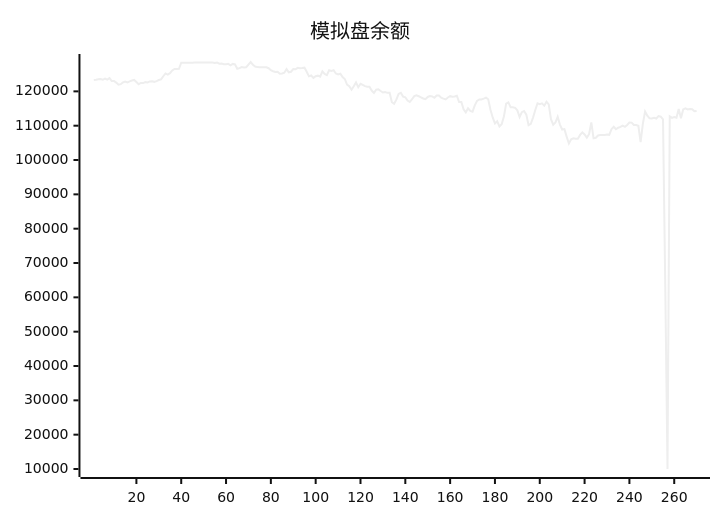
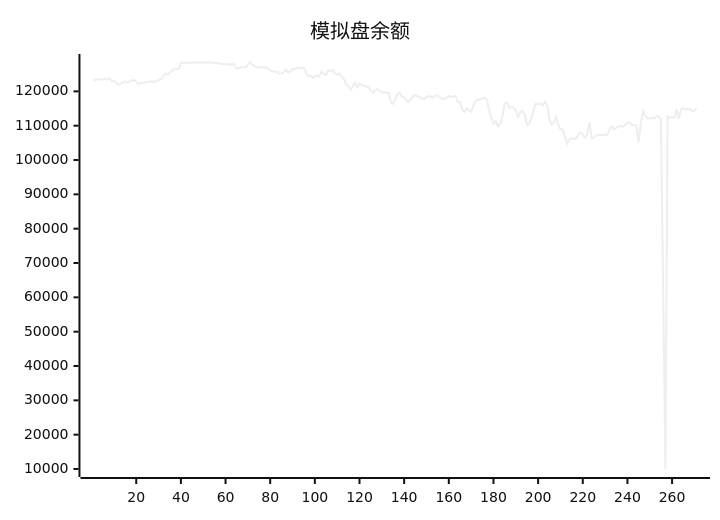
Before and after one commit to aahl/ai-trading: the diagram in README.md, drawn with Mermaid (neutral theme). The commit also changed other lines of this file and 1 other file, not shown here.

````diff
--- a/README.md
+++ b/README.md
@@ -5,5 +5,5 @@
 ```mermaid
 xychart
     title "模拟盘余额"
-    line [123338,123402,123530,123592,123378,123745,123413,123853,123009,123040,122557,121938,122095,122599,122856,122597,122898,123160,123319,122719,122087,122454,122416,122685,122592,122907,122961,122776,122981,123295,123507,124403,125224,124894,125303,126088,126544,126534,126549,128335,128318,128318,128318,128318,128318,128424,128424,128424,128424,128424,128424,128424,128424,128424,128247,128412,128062,128087,127917,127901,128026,127611,128000,127850,126572,126770,127100,126971,127029,127783,128554,127765,127224,127064,127044,127009,127025,127004,126738,126152,125871,125635,125707,125117,125217,125420,126480,125545,125715,126511,126424,126856,126764,126788,126890,125710,124381,124632,123936,124402,124574,124256,125833,125070,124739,126154,125966,126145,125213,124943,125143,124157,123604,121959,121476,120476,121470,122610,121201,122221,121889,121522,121332,121344,120232,119559,120513,120577,120108,119680,119777,119572,119568,116839,116392,117573,119250,119585,118469,118277,117338,116897,117706,118628,118849,118579,118280,117926,117735,118373,118639,118544,118136,118798,118819,118162,117874,117649,118215,118601,118463,118517,118713,116911,116899,114798,113887,115084,114313,114091,115934,117221,117658,117658,117883,118164,117693,114632,112403,110644,111313,109777,110444,112673,116419,116772,115355,115355,115198,114476,112510,113954,114276,113223,110151,110561,112361,114562,116522,116265,116500,115845,117000,116199,111887,110306,110942,112588,110318,108891,109011,106814,104811,106038,106327,106201,106180,107315,108068,107463,106528,107530,110941,106346,106482,107161,107268,107270,107302,107426,107340,108985,109681,108962,109404,109645,110030,109680,110214,110918,110897,110215,110212,109962,105235,110525,114151,112895,112137,112083,112329,112094,112784,112613,111829,63445,10000,112734,112268,112496,112313,114832,112156,114730,115058,114728,114866,114804,114208,114302]
+    line [123338,123402,123530,123592,123378,123745,123413,123853,123009,123040,122557,121938,122095,122599,122856,122597,122898,123160,123319,122719,122087,122454,122416,122685,122592,122907,122961,122776,122981,123295,123507,124403,125224,124894,125303,126088,126544,126534,126549,128335,128318,128318,128318,128318,128318,128424,128424,128424,128424,128424,128424,128424,128424,128424,128247,128412,128062,128087,127917,127901,128026,127611,128000,127850,126572,126770,127100,126971,127029,127783,128554,127765,127224,127064,127044,127009,127025,127004,126738,126152,125871,125635,125707,125117,125217,125420,126480,125545,125715,126511,126424,126856,126764,126788,126890,125710,124381,124632,123936,124402,124574,124256,125833,125070,124739,126154,125966,126145,125213,124943,125143,124157,123604,121959,121476,120476,121470,122610,121201,122221,121889,121522,121332,121344,120232,119559,120513,120577,120108,119680,119777,119572,119568,116839,116392,117573,119250,119585,118469,118277,117338,116897,117706,118628,118849,118579,118280,117926,117735,118373,118639,118544,118136,118798,118819,118162,117874,117649,118215,118601,118463,118517,118713,116911,116899,114798,113887,115084,114313,114091,115934,117221,117658,117658,117883,118164,117693,114632,112403,110644,111313,109777,110444,112673,116419,116772,115355,115355,115198,114476,112510,113954,114276,113223,110151,110561,112361,114562,116522,116265,116500,115845,117000,116199,111887,110306,110942,112588,110318,108891,109011,106814,104811,106038,106327,106201,106180,107315,108068,107463,106528,107530,110941,106346,106482,107161,107268,107270,107302,107426,107340,108985,109681,108962,109404,109645,110030,109680,110214,110918,110897,110215,110212,109962,105235,110525,114151,112895,112137,112083,112329,112094,112784,112613,111829,63445,10000,112734,112268,112496,112313,114832,112156,114730,115058,114728,114866,114804,114208,114302,115037]
 ```
````
